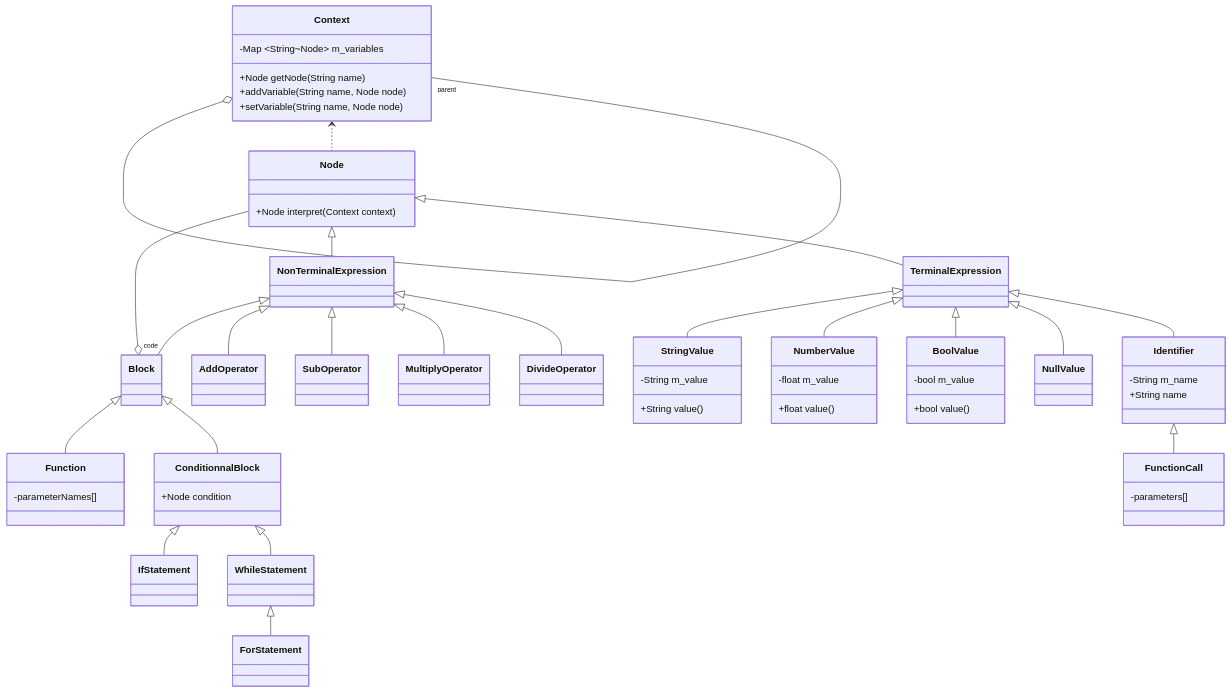
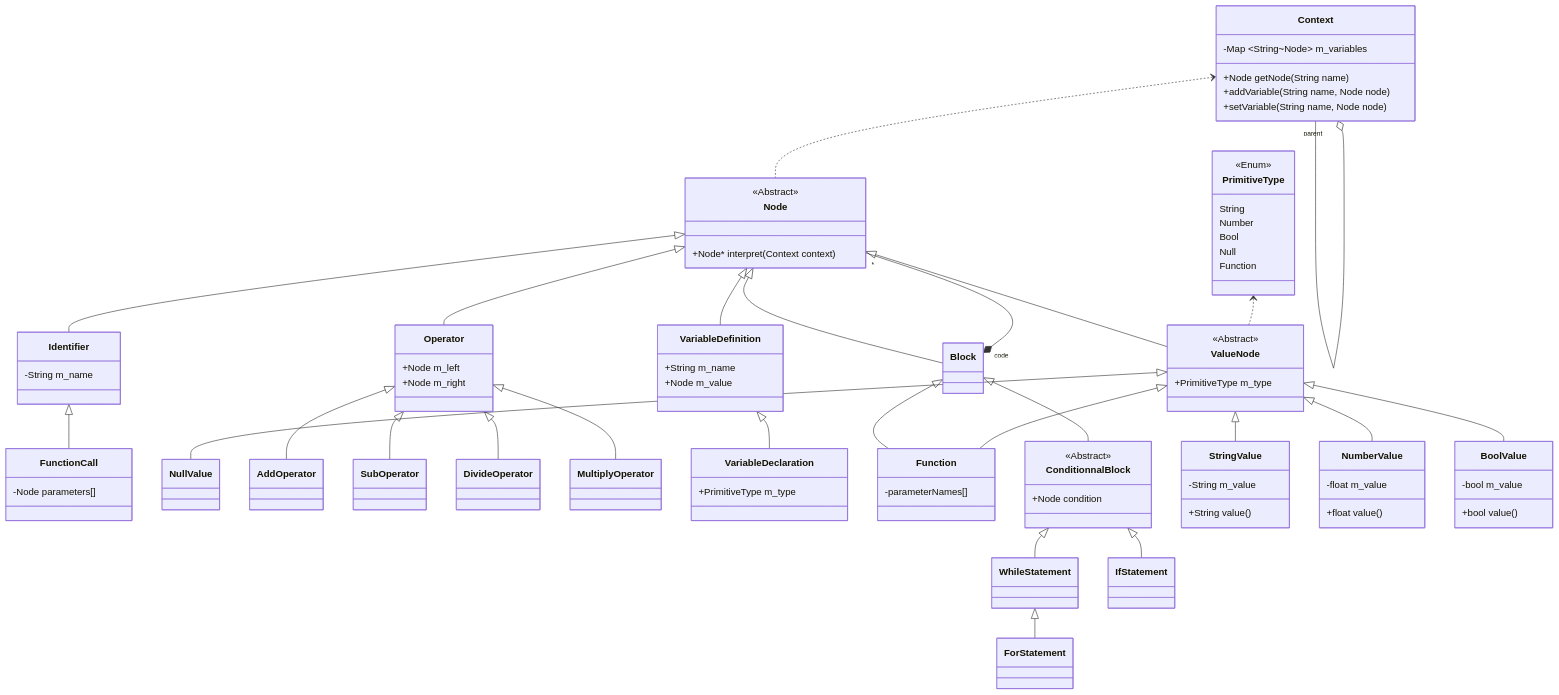
One commit to TEDDAC/The-Bor-Programming-Langage changed the diagram in README.MD. Above: the diagram before and after it, drawn with Mermaid. The commit also changed 10 other files, not shown here.

````diff
--- a/README.MD
+++ b/README.MD
@@ -29,8 +29,45 @@
     Context <.. Node
 
     class Node {
-        +Node interpret(Context context)
+        <<Abstract>>
+        +Node* interpret(Context context)
     }
+
+    class Identifier {
+        -String m_name
+    }
+
+    class FunctionCall {
+        -Node parameters[]
+    }
+
+    class NullValue
+
+    class Operator {
+        +Node m_left
+        +Node m_right
+    }
+    
+    class AddOperator
+    class SubOperator
+    class DivideOperator
+    class MultiplyOperator
+
+    class VariableDefinition {
+        +String m_name
+        +Node m_value
+    }
+
+    class VariableDeclaration {
+        +PrimitiveType m_type
+        %% Set variable to NullValue or the value passed
+    }
+
+    class ValueNode {
+        <<Abstract>>
+        +PrimitiveType m_type
+    }
+
 
     class Block
     class Function {
@@ -38,12 +75,24 @@
     }
 
     class ConditionnalBlock {
+        <<Abstract>>
         +Node condition
     }
 
     class WhileStatement
     class IfStatement
     class ForStatement
+
+    PrimitiveType <.. ValueNode
+
+    class PrimitiveType {
+        <<Enum>> 
+        String
+        Number
+        Bool
+        Null
+        Function
+    }
 
     class StringValue {
         -String m_value
@@ -63,44 +112,31 @@
         +bool value()
     }
 
-    class Identifier {
-        -String m_name
-
-        +String name
-    }
-
-
-    class FunctionCall {
-        -parameters[]
-    }
-
-    class NullValue
-    class NonTerminalExpression
-    class TerminalExpression
-    class AddOperator
-    class SubOperator
-    class DivideOperator
-    class MultiplyOperator
-
-    Node --o "code" Block
-    Block <|-- Function
+    Node "*" --* "code" Block
     Block <|-- ConditionnalBlock
     ConditionnalBlock <|-- IfStatement
     ConditionnalBlock <|-- WhileStatement
     WhileStatement <|-- ForStatement
+    ValueNode <|-- Function
+    Block <|-- Function
     
-    Node <|-- NonTerminalExpression
-    NonTerminalExpression <|-- Block
-    NonTerminalExpression <|-- AddOperator
-    NonTerminalExpression <|-- SubOperator
-    NonTerminalExpression <|-- MultiplyOperator
-    NonTerminalExpression <|-- DivideOperator
-    
-    Node <|-- TerminalExpression
-    TerminalExpression <|-- StringValue
-    TerminalExpression <|-- NumberValue
-    TerminalExpression <|-- BoolValue
-    TerminalExpression <|-- NullValue
-    TerminalExpression <|-- Identifier
+    Node <|-- Block
+
+    Node <|-- VariableDefinition
+    VariableDefinition <|-- VariableDeclaration
+
+    Node <|-- ValueNode
+    Node <|-- Identifier
+    ValueNode <|-- StringValue
+    ValueNode <|-- NumberValue
+    ValueNode <|-- BoolValue
+    ValueNode <|-- NullValue
     Identifier <|-- FunctionCall
+
+
+    Node <|-- Operator
+    Operator <|-- AddOperator
+    Operator <|-- SubOperator
+    Operator <|-- MultiplyOperator
+    Operator <|-- DivideOperator
 ```
````
